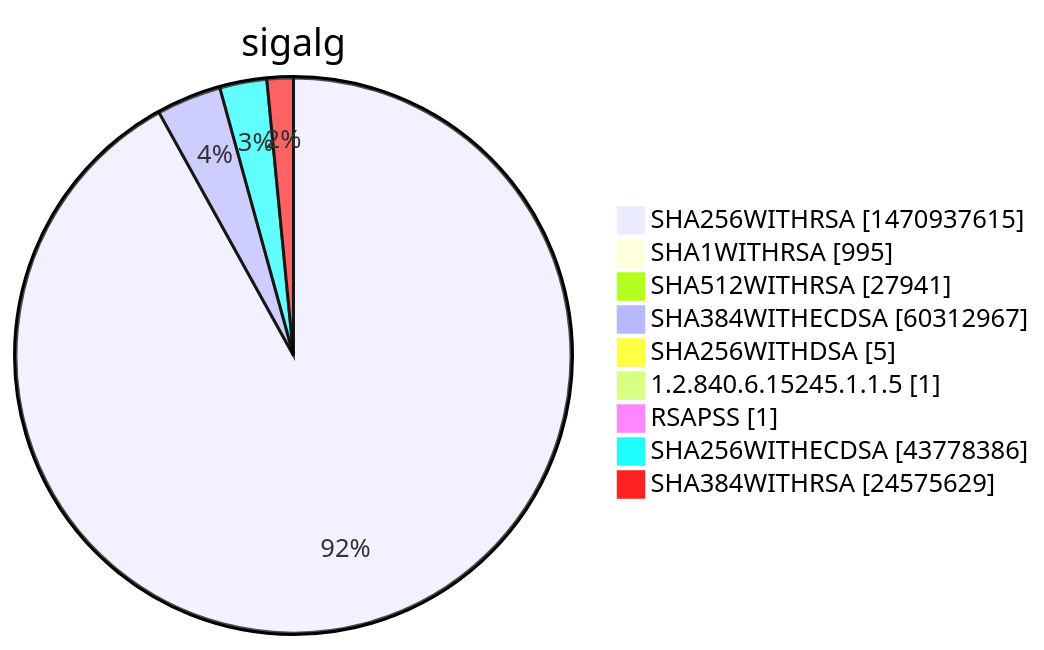
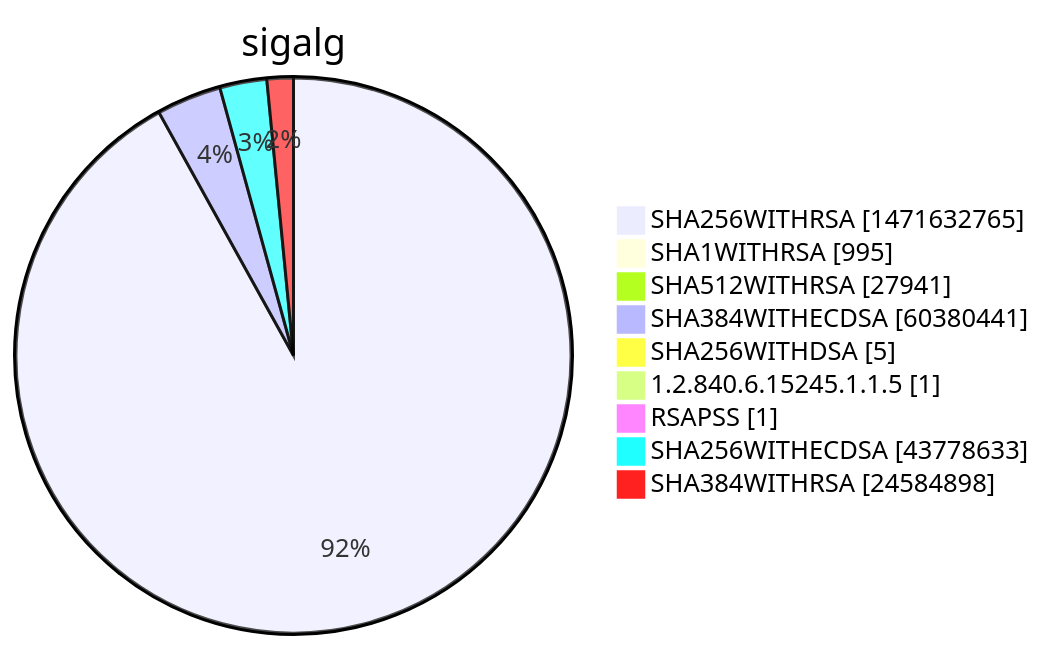
One commit to christiankrug/ctmonitor_visualization changed diagram 15 of 15 in xenon2022/README.md. Above: the diagram before and after it, drawn with Mermaid. The commit also changed other lines of this file, not shown here.

````diff
--- a/xenon2022/README.md
+++ b/xenon2022/README.md
@@ -5863,13 +5863,13 @@
 ```mermaid
 pie showData
 title sigalg
-"SHA256WITHRSA" :1470937615
+"SHA256WITHRSA" :1471632765
 "SHA1WITHRSA" :995
 "SHA512WITHRSA" :27941
-"SHA384WITHECDSA" :60312967
+"SHA384WITHECDSA" :60380441
 "SHA256WITHDSA" :5
 "1.2.840.6.15245.1.1.5" :1
 "RSAPSS" :1
-"SHA256WITHECDSA" :43778386
-"SHA384WITHRSA" :24575629
+"SHA256WITHECDSA" :43778633
+"SHA384WITHRSA" :24584898
 ```
````
